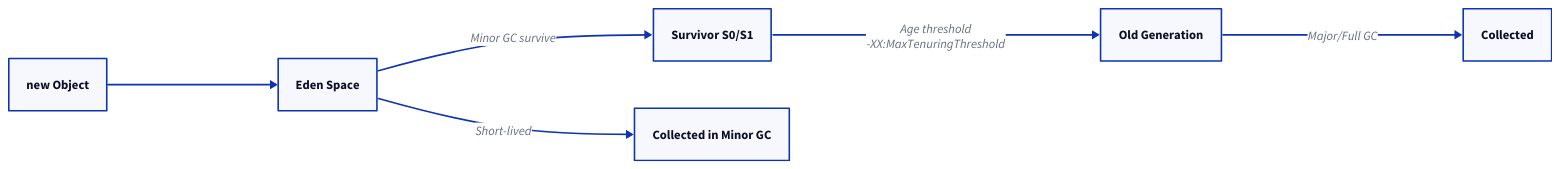
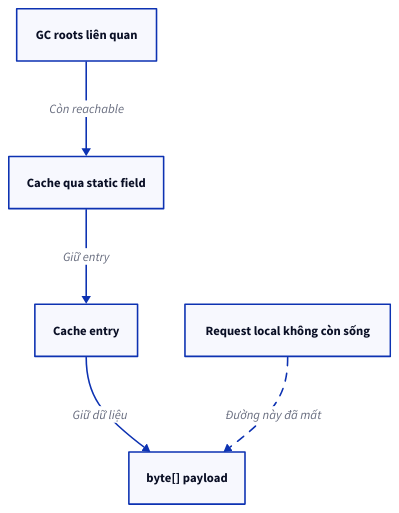
The second of 3 diagrams in content/docs/java/01-heap-vs-off-heap-vs-stack.mdx (vanhiep99w/interview-question), drawn with D2 before and after one commit. The commit also changed other lines of this file and 1 other file, not shown here.

Commit message:
docs(java): rewrite heap off-heap and stack as detailed explainer

````diff
--- a/content/docs/java/01-heap-vs-off-heap-vs-stack.mdx
+++ b/content/docs/java/01-heap-vs-off-heap-vs-stack.mdx
@@ -125,14 +260,14 @@
-```d2 title="Heap — Vòng đời object và GC"
-direction: right
-A: "new Object"
-B: "Eden Space"
-C: "Survivor S0/S1"
-D: "Old Generation"
-E: "Collected"
-F: "Collected in Minor GC"
-A -> B
-B -> C: "Minor GC survive"
-C -> D: "Age threshold\n-XX:MaxTenuringThreshold"
-D -> E: "Major/Full GC"
-B -> F: "Short-lived"
+```d2 interactive=false title="Method kết thúc nhưng cache vẫn giữ payload sống"
+direction: down
+roots: "GC roots liên quan"
+cache: "Cache qua static field"
+entry: "Cache entry"
+payload: "byte[] payload"
+request: "Request local không còn sống"
+roots -> cache: "Còn reachable"
+cache -> entry: "Giữ entry"
+entry -> payload: "Giữ dữ liệu"
+request -> payload: "Đường này đã mất" {
+  style.stroke-dash: 5
+}
 ```
````
